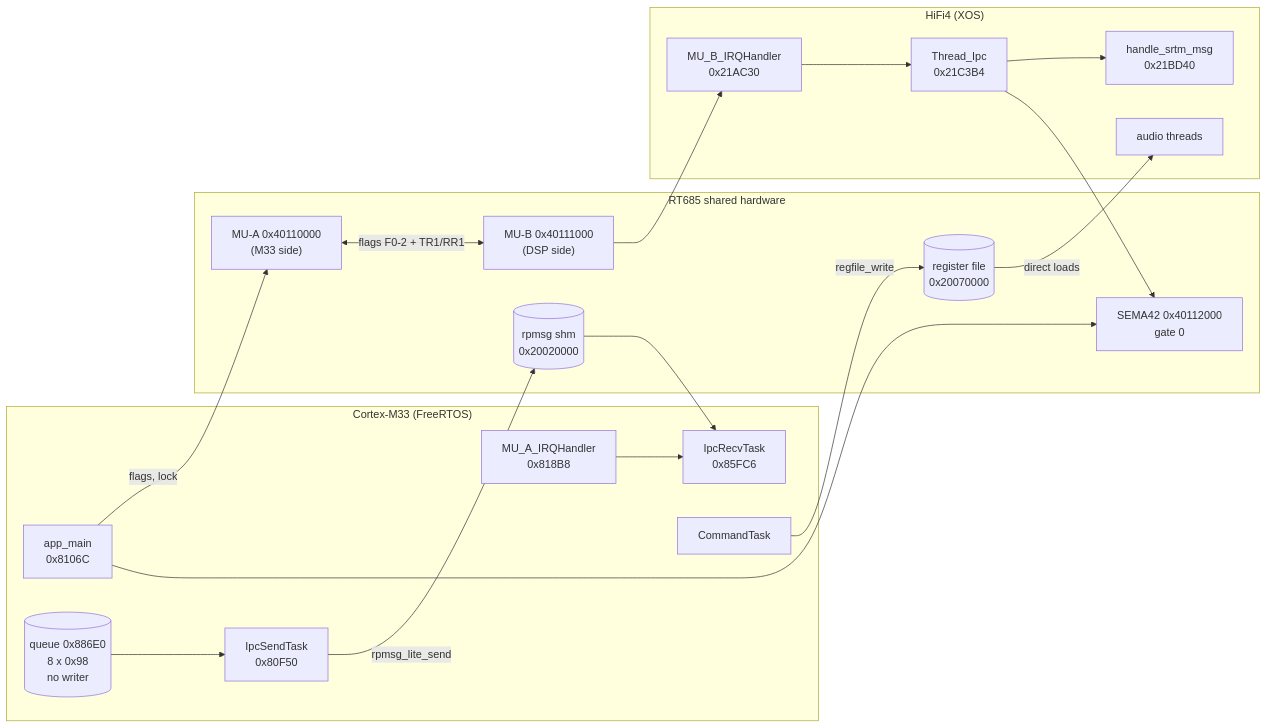
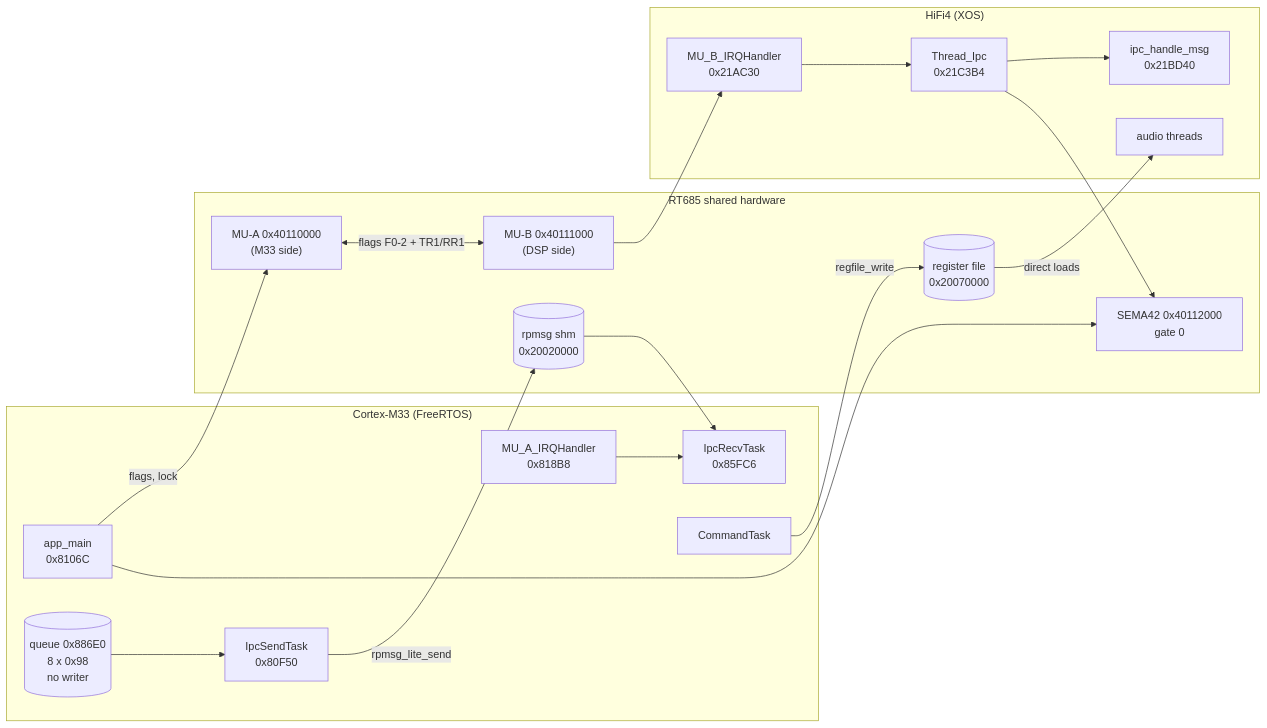
Before and after one commit to Reid-n0rc/FT-710_Firmware: the first of 4 diagrams in docs/code/ifdsp/ipc.md, drawn with Mermaid. The commit also changed other lines of this file and 29 other files, not shown here.

````diff
--- a/docs/code/ifdsp/ipc.md
+++ b/docs/code/ifdsp/ipc.md
@@ -37,35 +36,35 @@
 ```mermaid
 flowchart LR
   subgraph M33["Cortex-M33 (FreeRTOS)"]
     AM["app_main<br/>0x8106C"]
     IRT["IpcRecvTask<br/>0x85FC6"]
     IST["IpcSendTask<br/>0x80F50"]
     Q[("queue 0x886E0<br/>8 x 0x98<br/>no writer")]
     MUAH["MU_A_IRQHandler<br/>0x818B8"]
     CT["CommandTask"]
   end
   subgraph HW["RT685 shared hardware"]
     MUA["MU-A 0x40110000<br/>(M33 side)"]
     MUB["MU-B 0x40111000<br/>(DSP side)"]
     SEM["SEMA42 0x40112000<br/>gate 0"]
     SHM[("rpmsg shm<br/>0x20020000")]
     RF[("register file<br/>0x20070000")]
   end
   subgraph DSP["HiFi4 (XOS)"]
     TI["Thread_Ipc<br/>0x21C3B4"]
     MUBH["MU_B_IRQHandler<br/>0x21AC30"]
-    HM["handle_srtm_msg<br/>0x21BD40"]
+    HM["ipc_handle_msg<br/>0x21BD40"]
     DT["audio threads"]
   end
   Q --> IST
   IST -- "rpmsg_lite_send" --> SHM
   SHM --> IRT
   MUAH --> IRT
   MUA <-- "flags F0-2 + TR1/RR1" --> MUB
   MUB --> MUBH --> TI --> HM
   AM -- "flags, lock" --> MUA
   AM --> SEM
   TI --> SEM
   CT -- "regfile_write" --> RF
   RF -- "direct loads" --> DT
 ```
````
